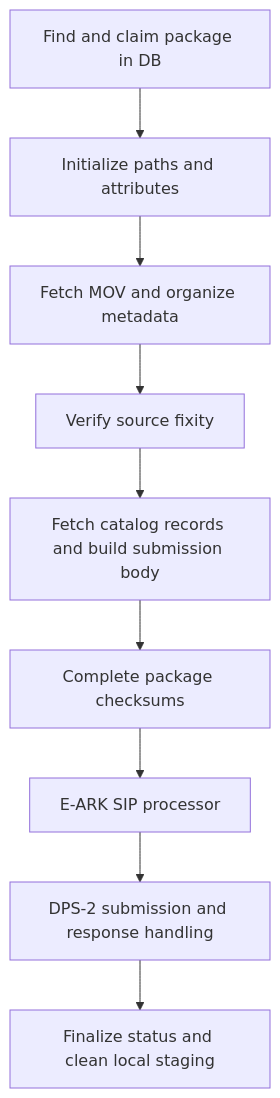
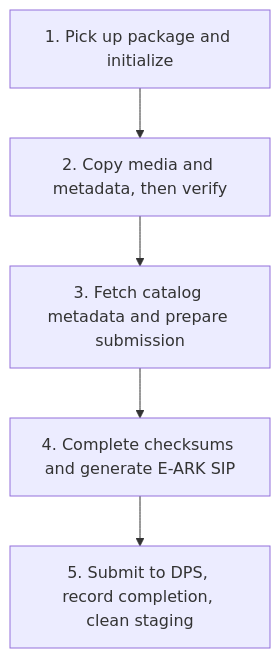
One commit to AleksanderHurtley/nifi7 changed the diagram in film_produksjon/docs/FLOW_OVERVIEW.md. Above: the diagram before and after it, drawn with Mermaid. The commit also changed other lines of this file and 11 other files, not shown here.

First line of the commit message:
Refactor film production flow documentation and implement fetch tests

````diff
--- a/film_produksjon/docs/FLOW_OVERVIEW.md
+++ b/film_produksjon/docs/FLOW_OVERVIEW.md
@@ -15,11 +28,7 @@
 ```mermaid
 flowchart TD
-    A[Find and claim package in DB] --> B[Initialize paths and attributes]
-    B --> C[Fetch MOV and organize metadata]
-    C --> D[Verify source fixity]
-    D --> E[Fetch catalog records and build submission body]
-    E --> F[Complete package checksums]
-    F --> G[E-ARK SIP processor]
-    G --> H[DPS-2 submission and response handling]
-    H --> I[Finalize status and clean local staging]
+    A[1. Pick up package and initialize] --> B[2. Copy media and metadata, then verify]
+    B --> C[3. Fetch catalog metadata and prepare submission]
+    C --> D[4. Complete checksums and generate E-ARK SIP]
+    D --> E[5. Submit to DPS, record completion, clean staging]
 ```
````
